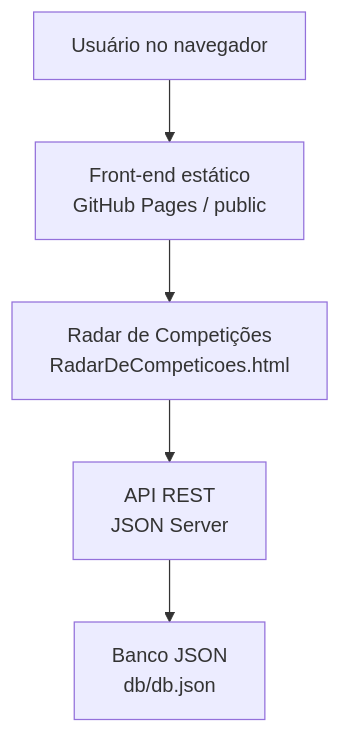
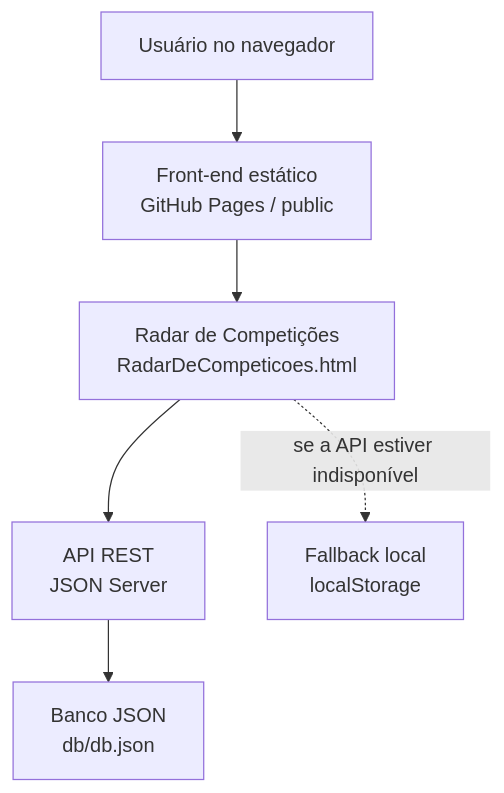
The diagram in README.md (CFSJCODE/HUB_Da_Robotica), drawn with Mermaid before and after one commit. The commit also changed other lines of this file and 22 other files, not shown here.

````diff
--- a/README.md
+++ b/README.md
@@ -36,13 +36,15 @@
 ```mermaid
 flowchart TD
     A["Usuário no navegador"]
     B["Front-end estático<br/>GitHub Pages / public"]
     C["Radar de Competições<br/>RadarDeCompeticoes.html"]
     D["API REST<br/>JSON Server"]
     E["Banco JSON<br/>db/db.json"]
+    F["Fallback local<br/>localStorage"]
 
     A --> B
     B --> C
     C --> D
     D --> E
+    C -. "se a API estiver indisponível" .-> F
 ```
````
